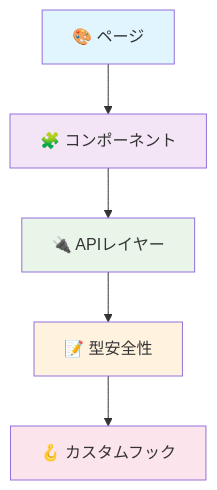
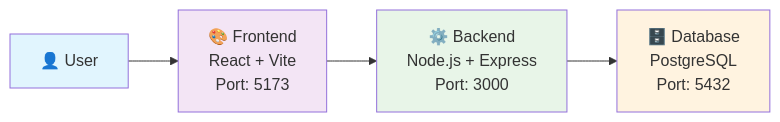
One commit to zakkutsu/uma-notes changed the third of 4 diagrams in README.md. Above: the diagram before and after it, drawn with Mermaid. The commit also changed other lines of this file and 52 other files, not shown here.

````diff
--- a/README.md
+++ b/README.md
@@ -1015,13 +593,11 @@
 ```mermaid
-graph TD
-    A[🎨 ページ] --> B[🧩 コンポーネント]
-    B --> C[🔌 APIレイヤー]
-    C --> D[📝 型安全性]
-    D --> E[🪝 カスタムフック]
+graph LR
+    A[👤 User] --> B[🎨 Frontend<br/>React + Vite<br/>Port: 5173]
+    B --> C[⚙️ Backend<br/>Node.js + Express<br/>Port: 3000]
+    C --> D[🗄️ Database<br/>PostgreSQL<br/>Port: 5432]
     
     style A fill:#e1f5fe
     style B fill:#f3e5f5
     style C fill:#e8f5e8
     style D fill:#fff3e0
-    style E fill:#fce4ec
 ```
````
